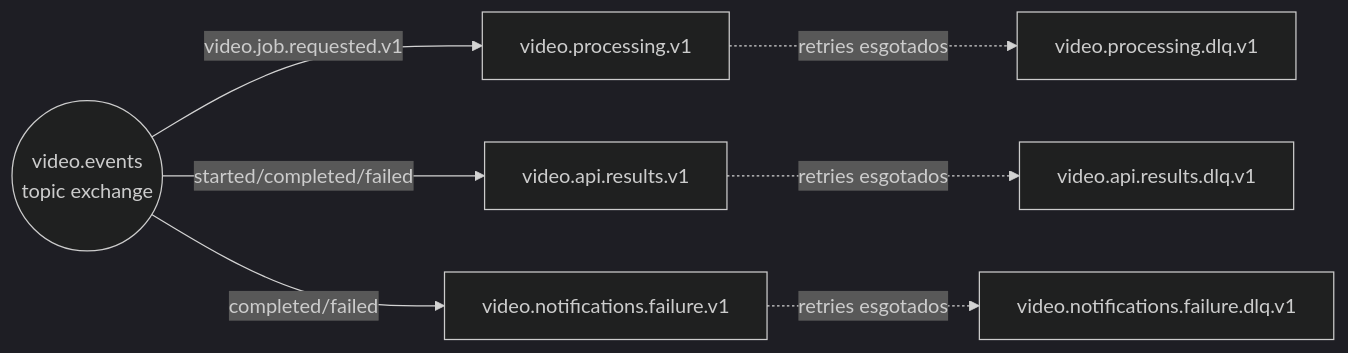
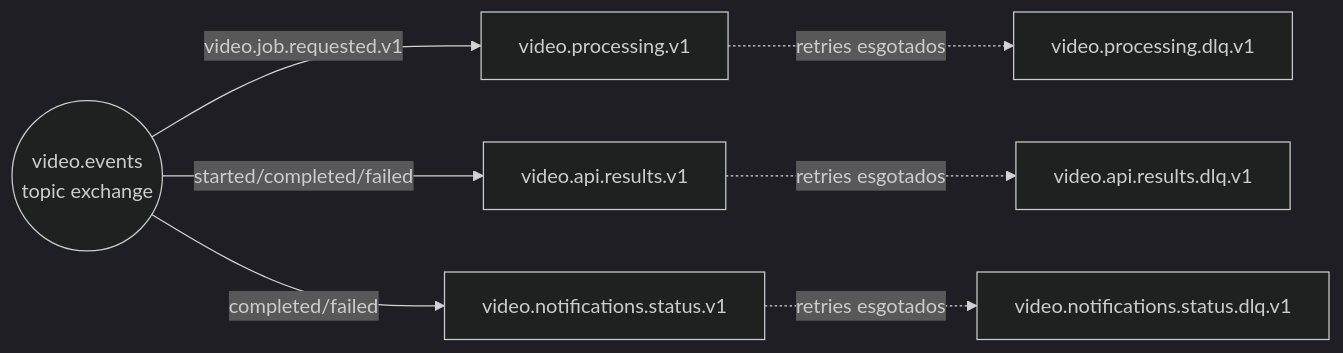
Before and after one commit to fiap-postech-team/fiapx-video-platform: the sixth of 7 diagrams in docs/architecture/architecture.md, drawn with Mermaid (dark theme). The commit also changed 5 other files, not shown here.

Commit message:
fix(notification): rename terminal status queue and DLQ

````diff
--- a/docs/architecture/architecture.md
+++ b/docs/architecture/architecture.md
@@ -146,10 +146,10 @@
 ```mermaid
 flowchart LR
     EX((video.events<br/>topic exchange))
     EX -->|video.job.requested.v1| PQ[video.processing.v1]
     PQ -.->|retries esgotados| PDLQ[video.processing.dlq.v1]
     EX -->|started/completed/failed| AQ[video.api.results.v1]
     AQ -.->|retries esgotados| ADLQ[video.api.results.dlq.v1]
-    EX -->|completed/failed| NQ[video.notifications.failure.v1]
-    NQ -.->|retries esgotados| NDLQ[video.notifications.failure.dlq.v1]
+    EX -->|completed/failed| NQ[video.notifications.status.v1]
+    NQ -.->|retries esgotados| NDLQ[video.notifications.status.dlq.v1]
 ```
````
